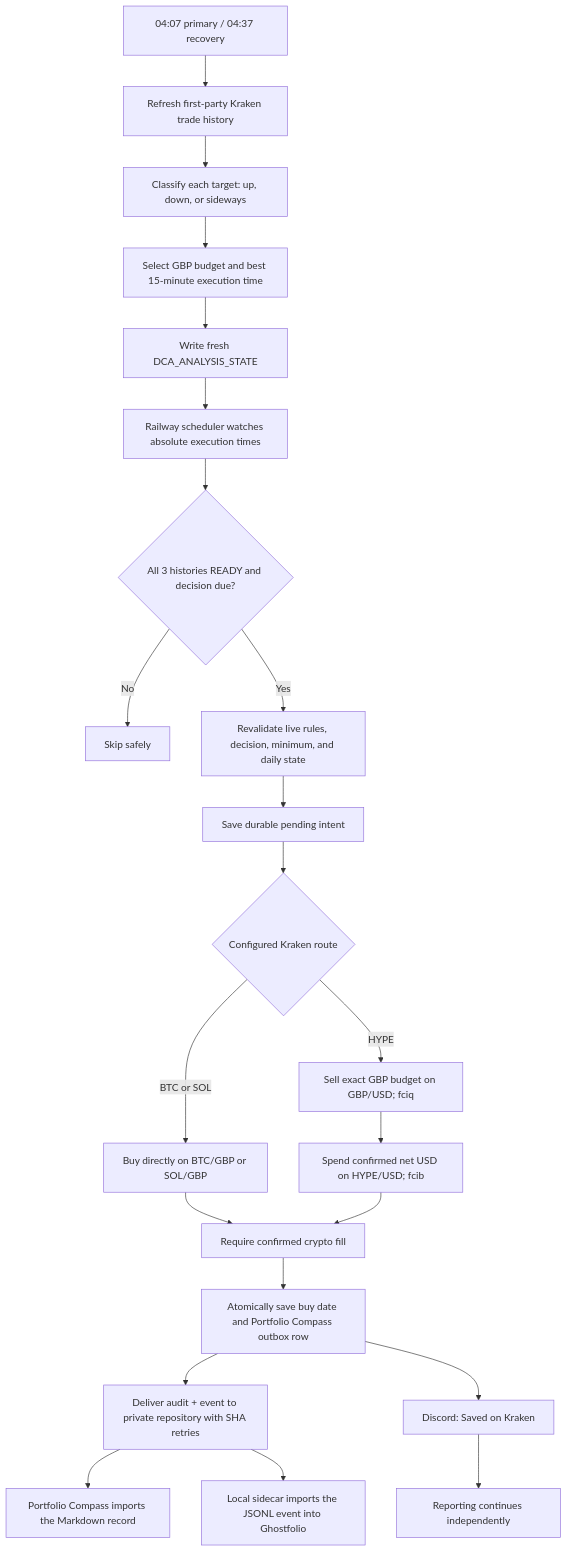
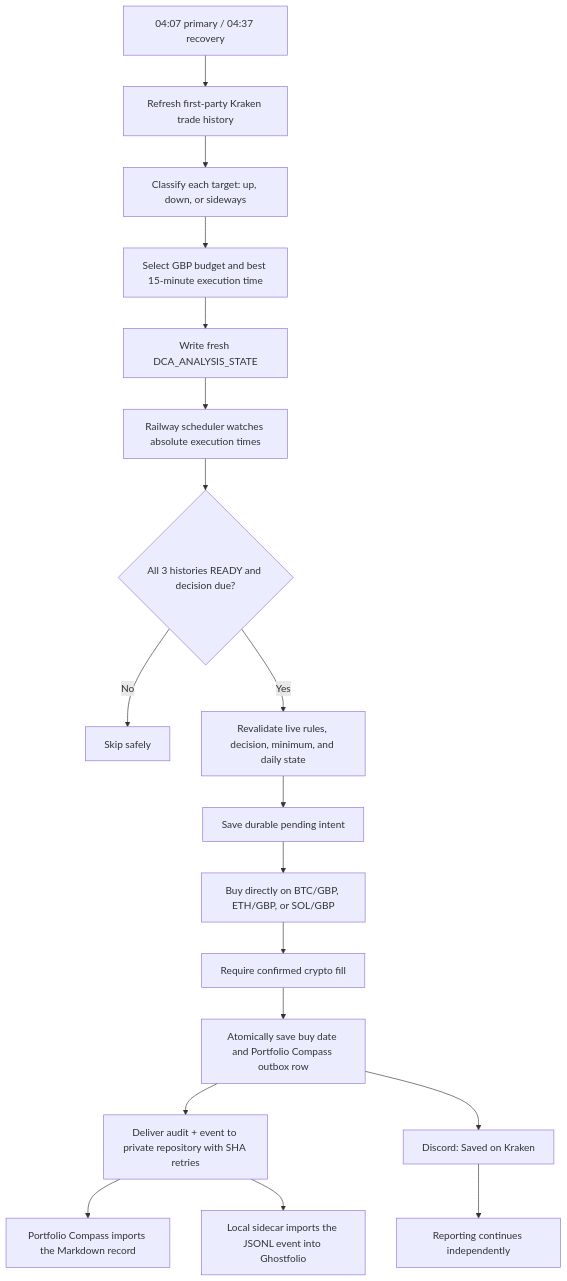
One commit to aesscialo-bot/DCA-Bot changed the first of 2 diagrams in README.md. Above: the diagram before and after it, drawn with Mermaid. The commit also changed other lines of this file and 38 other files, not shown here.

Commit message:
Replace HYPE DCA target with ETH/GBP

````diff
--- a/README.md
+++ b/README.md
@@ -72,24 +72,20 @@
 ```mermaid
 flowchart TD
     A["04:07 primary / 04:37 recovery"] --> B["Refresh first-party Kraken trade history"]
     B --> C["Classify each target: up, down, or sideways"]
     C --> D["Select GBP budget and best 15-minute execution time"]
     D --> E["Write fresh DCA_ANALYSIS_STATE"]
     E --> F["Railway scheduler watches absolute execution times"]
     F --> G{"All 3 histories READY and decision due?"}
     G -- "No" --> H["Skip safely"]
     G -- "Yes" --> I["Revalidate live rules, decision, minimum, and daily state"]
     I --> J["Save durable pending intent"]
-    J --> K{"Configured Kraken route"}
-    K -- "BTC or SOL" --> L["Buy directly on BTC/GBP or SOL/GBP"]
-    K -- "HYPE" --> M["Sell exact GBP budget on GBP/USD; fciq"]
-    M --> N["Spend confirmed net USD on HYPE/USD; fcib"]
+    J --> L["Buy directly on BTC/GBP, ETH/GBP, or SOL/GBP"]
     L --> T["Require confirmed crypto fill"]
-    N --> T
     T --> O["Atomically save buy date and Portfolio Compass outbox row"]
     O --> P["Deliver audit + event to private repository with SHA retries"]
     P --> U["Portfolio Compass imports the Markdown record"]
     P --> S["Local sidecar imports the JSONL event into Ghostfolio"]
     O --> Q["Discord: Saved on Kraken"]
     Q --> R["Reporting continues independently"]
 ```
````
